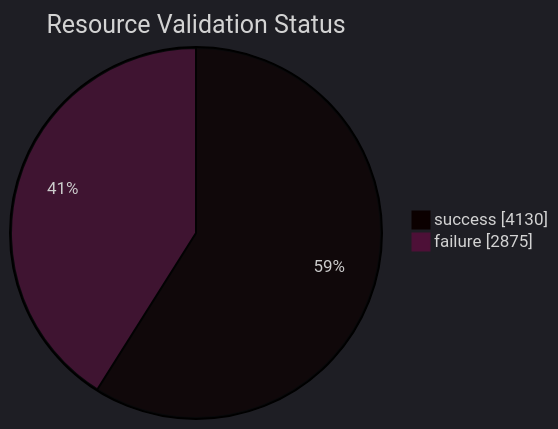
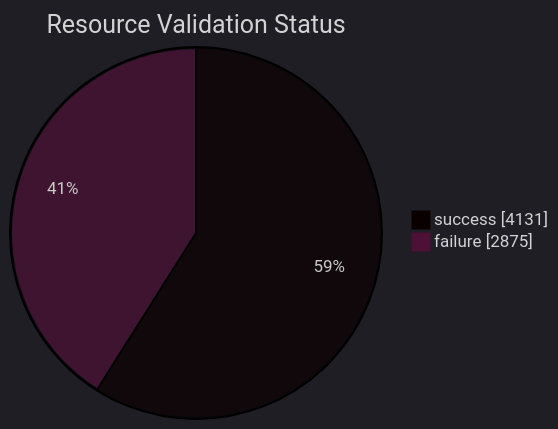
One commit to open-data/analytics-corporate-reporting changed the diagram in datastore_tracker/resource_validation_status_pie_chart.md. Above: the diagram before and after it, drawn with Mermaid. The commit also changed 12 other files, not shown here.

````diff
--- a/datastore_tracker/resource_validation_status_pie_chart.md
+++ b/datastore_tracker/resource_validation_status_pie_chart.md
@@ -2,9 +2,9 @@
 ```mermaid
 ---
 config:
   theme: dark
 ---
 pie showData title Resource Validation Status
-    "success": 4130
+    "success": 4131
     "failure": 2875
 ```
````
